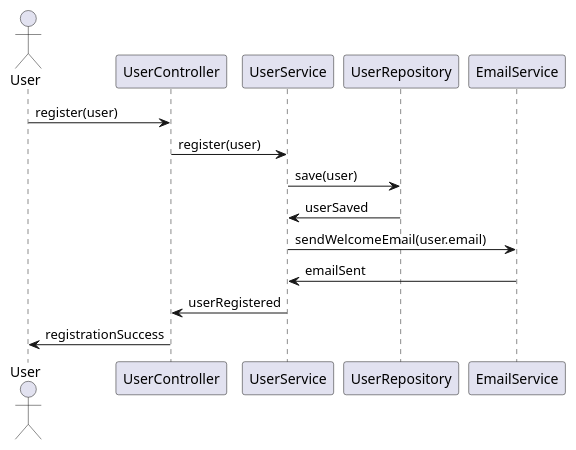
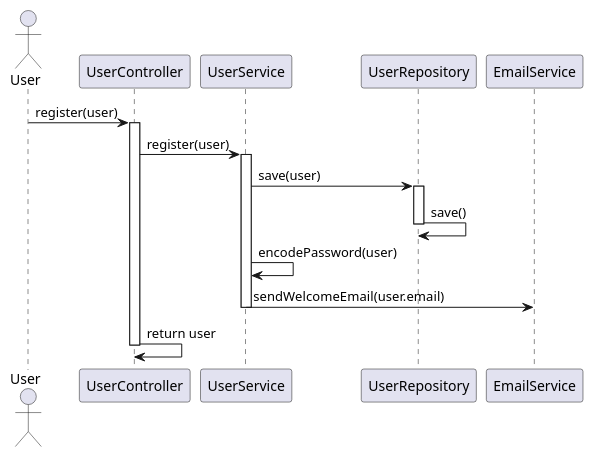
Before and after one commit to Dinesh-s95/AutoDoc.ai: the first of 4 diagrams in identityprovider/documentation/detaileddesign.adoc, drawn with PlantUML. The commit also changed other lines of this file and 4 other files, not shown here.

````diff
--- a/identityprovider/documentation/detaileddesign.adoc
+++ b/identityprovider/documentation/detaileddesign.adoc
@@ -250,18 +287,29 @@
-```plantuml
+[plantuml, user-registration-sequence, png]
+----
 @startuml
 actor User
 participant UserController
 participant UserService
 participant UserRepository
 participant EmailService
 
 User -> UserController : register(user)
+activate UserController
+
 UserController -> UserService : register(user)
+activate UserService
+
 UserService -> UserRepository : save(user)
-UserRepository -> UserService : userSaved
+activate UserRepository
+UserRepository -> UserRepository : save()
+deactivate UserRepository
+
+UserService -> UserService : encodePassword(user)
 UserService -> EmailService : sendWelcomeEmail(user.email)
-EmailService -> UserService : emailSent
-UserService -> UserController : userRegistered
-UserController -> User : registrationSuccess
+deactivate UserService
+
+UserController -> UserController : return user
+deactivate UserController
+
 @enduml
-```
+----
````
